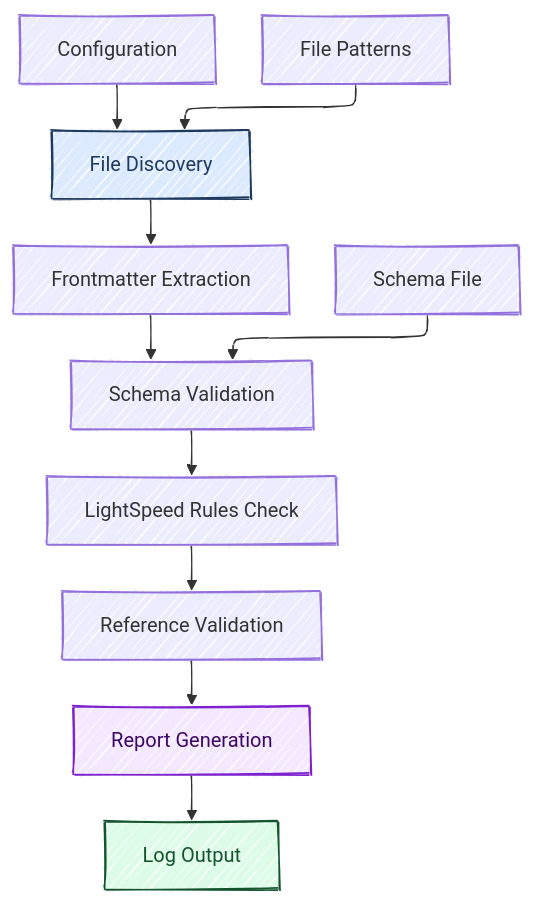
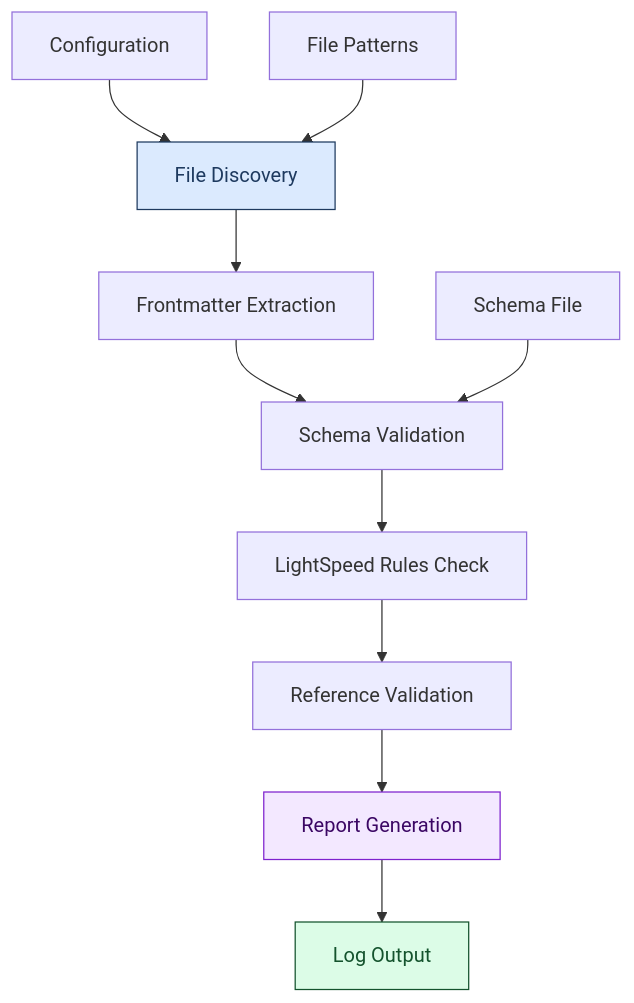
The diagram in scripts/validation/README.md (lightspeedwp/.github), drawn with Mermaid before and after one commit. The commit also changed 1 other file, not shown here.

Commit message:
fix(docs): drop Mermaid frontmatter the accessibility validator rejects (#3490)
validate-mermaid-accessibility.js flags any diagram that opens with a YAML
--- block. Two diagrams this PR touches still had one (nodejs-upgrade
README and scripts/validation/README.md); the config was cosmetic
(theme, htmlLabels, look, layout), so it is removed. The validator now
passes both. Remaining findings in touched files: #3526.

````diff
--- a/scripts/validation/README.md
+++ b/scripts/validation/README.md
@@ -38,25 +38,19 @@
 ```mermaid
----
-config:
-  theme: default
-  look: handDrawn
-  layout: elk
----
 graph TD
     accTitle: Validation System Flow
     accDescr: Flowchart showing file discovery through log output with configuration, schema, and pattern inputs
     A[File Discovery] --> B[Frontmatter Extraction]
     B --> C[Schema Validation]
     C --> D[LightSpeed Rules Check]
     D --> E[Reference Validation]
     E --> F[Report Generation]
     F --> G[Log Output]
 
     H[Configuration] --> A
     I[Schema File] --> C
     J[File Patterns] --> A
 
     style A fill:#dbeafe,color:#1e3a5f,stroke:#1e3a5f
     style F fill:#f3e8ff,color:#3b0764,stroke:#7e22ce
     style G fill:#dcfce7,color:#14532d,stroke:#14532d
 ```
````
